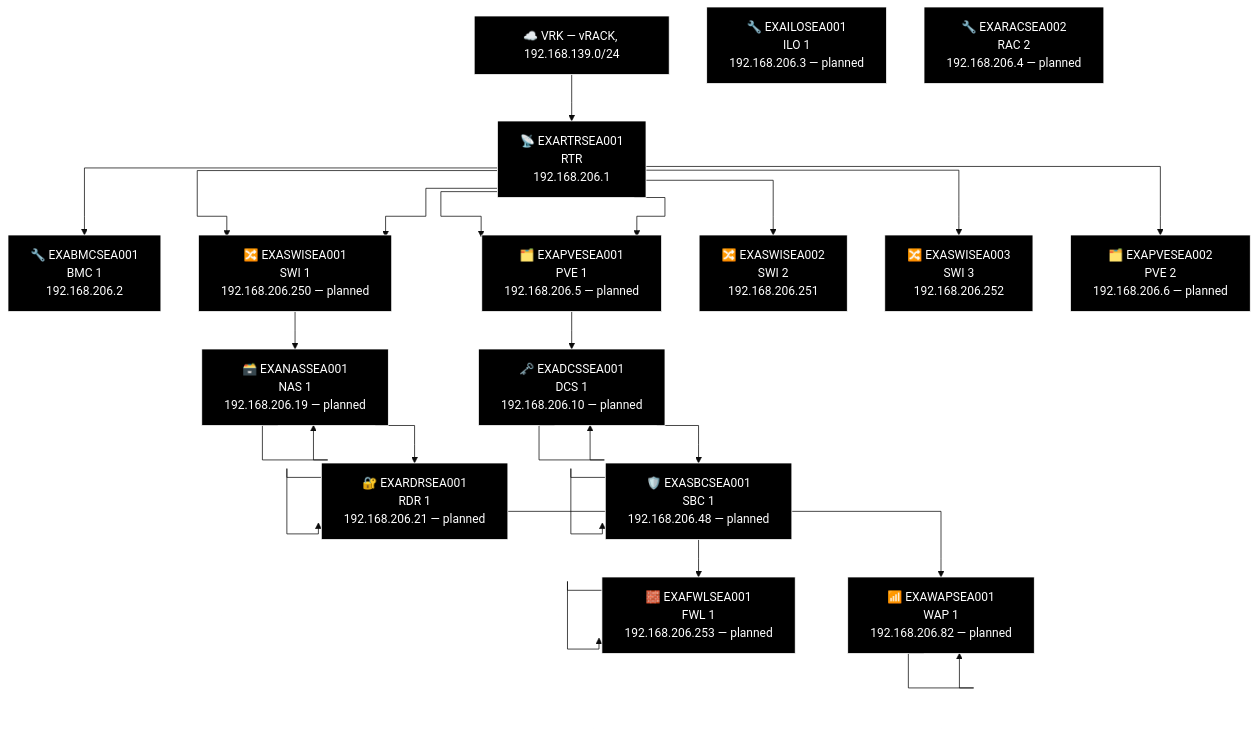
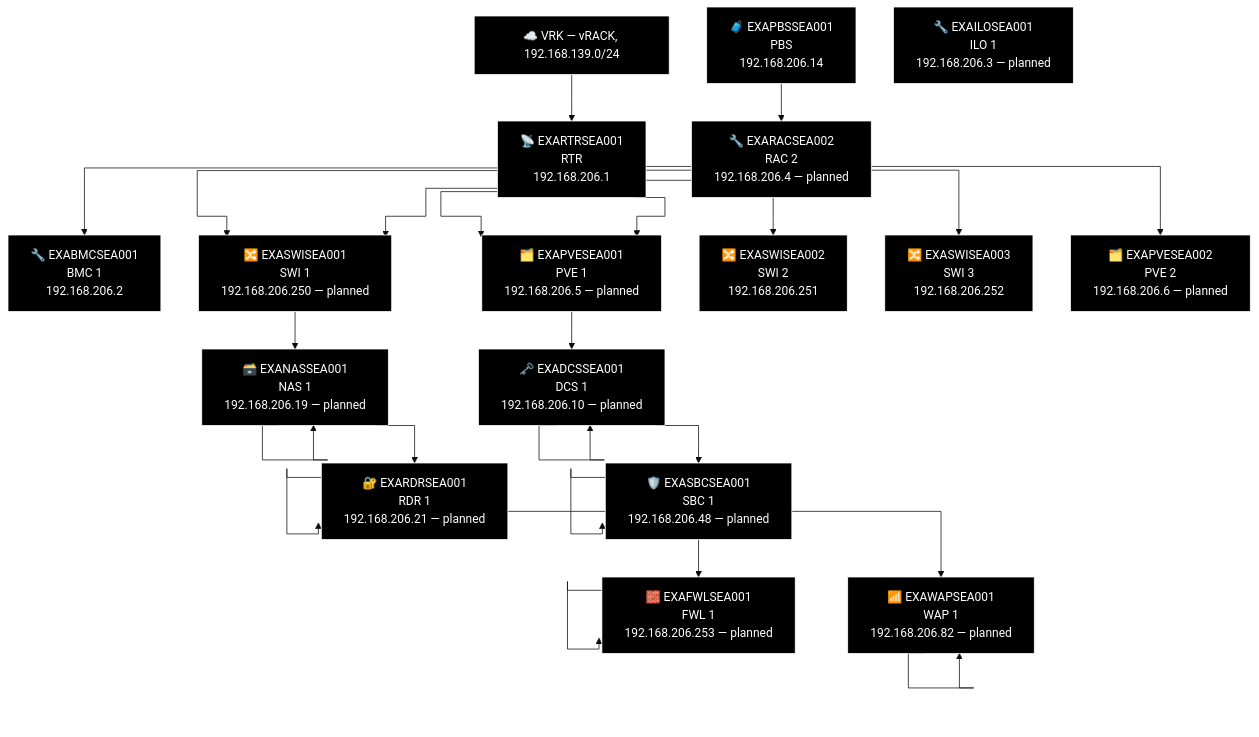
Diagram 17 of 21 in docs/network-diagram/united-states.md (knightmare2600/example_music_infra), drawn with Mermaid (base theme) before and after one commit. The commit also changed other lines of this file and 14 other files, not shown here.

First line of the commit message:
docs/network-diagram: regenerate, every site was missing its PBS node

````diff
--- a/docs/network-diagram/united-states.md
+++ b/docs/network-diagram/united-states.md
@@ -770,65 +786,68 @@
 ```mermaid
 %% GENERATED:TOPOLOGY:SEA:START
 %%{init: {'flowchart': {'curve': 'stepAfter'}}}%%
 graph TD
     T_VRK["☁️ VRK — vRACK, 192.168.139.0/24"]
     T_RTR["📡 EXARTRSEA001<br/>RTR<br/>192.168.206.1"]
     T_VRK --> T_RTR
     T_BMC["🔧 EXABMCSEA001<br/>BMC 1<br/>192.168.206.2"]
     T_RTR --> T_BMC
     T_PVE["🗂️ EXAPVESEA001<br/>PVE 1<br/>192.168.206.5"]
     T_RTR --> T_PVE
     T_SWI["🔀 EXASWISEA001<br/>SWI 1<br/>192.168.206.250"]
     T_RTR --> T_SWI
     T_SWI2["🔀 EXASWISEA002<br/>SWI 2<br/>192.168.206.251"]
     T_RTR --> T_SWI2
     T_SWI3["🔀 EXASWISEA003<br/>SWI 3<br/>192.168.206.252"]
     T_RTR --> T_SWI3
     T_SWI["🔀 EXASWISEA001<br/>SWI 1<br/>192.168.206.250 — planned"]
     T_RTR --> T_SWI
     T_PVE["🗂️ EXAPVESEA001<br/>PVE 1<br/>192.168.206.5 — planned"]
     T_RTR --> T_PVE
     T_PVE2["🗂️ EXAPVESEA002<br/>PVE 2<br/>192.168.206.6 — planned"]
     T_RTR --> T_PVE2
     T_NAS["🗃️ EXANASSEA001<br/>NAS<br/>192.168.206.19"]
     T_NAS["🗃️ EXANASSEA001<br/>NAS 1<br/>192.168.206.19 — planned"]
     T_RDR["🔐 EXARDRSEA001<br/>RDR<br/>192.168.206.21"]
     T_RDR["🔐 EXARDRSEA001<br/>RDR 1<br/>192.168.206.21 — planned"]
     T_WAP["📶 EXAWAPSEA001<br/>WAP 1<br/>192.168.206.82"]
     T_WAP["📶 EXAWAPSEA001<br/>WAP 1<br/>192.168.206.82 — planned"]
     T_SWI --> T_NAS --> T_NAS --> T_RDR --> T_RDR --> T_WAP --> T_WAP
     T_DCS["🗝️ EXADCSSEA001<br/>DCS 1<br/>192.168.206.10"]
     T_DCS["🗝️ EXADCSSEA001<br/>DCS 1<br/>192.168.206.10 — planned"]
     T_SBC["🛡️ EXASBCSEA001<br/>SBC<br/>192.168.206.48"]
     T_SBC["🛡️ EXASBCSEA001<br/>SBC 1<br/>192.168.206.48 — planned"]
     T_FWL["🧱 EXAFWLSEA001<br/>LAN Face<br/>192.168.206.253"]
     T_FWL["🧱 EXAFWLSEA001<br/>FWL 1<br/>192.168.206.253 — planned"]
     T_PVE --> T_DCS --> T_DCS --> T_SBC --> T_SBC --> T_FWL --> T_FWL
+    T_PBS["🧳 EXAPBSSEA001<br/>PBS<br/>192.168.206.14"]
     T_ILO["🔧 EXAILOSEA001<br/>ILO 1<br/>192.168.206.3 — planned"]
     T_RAC["🔧 EXARACSEA002<br/>RAC 2<br/>192.168.206.4 — planned"]
+    T_PBS --> T_RAC
     style T_VRK fill:#000000,stroke:#FFFFFF,color:#FFFFFF
     style T_RTR fill:#000000,stroke:#FFFFFF,color:#FFFFFF
     style T_BMC fill:#000000,stroke:#FFFFFF,color:#FFFFFF
     style T_PVE fill:#000000,stroke:#FFFFFF,color:#FFFFFF
     style T_SWI fill:#000000,stroke:#FFFFFF,color:#FFFFFF
     style T_SWI2 fill:#000000,stroke:#FFFFFF,color:#FFFFFF
     style T_SWI3 fill:#000000,stroke:#FFFFFF,color:#FFFFFF
     style T_SWI fill:#000000,stroke:#FFFFFF,color:#FFFFFF
     style T_PVE fill:#000000,stroke:#FFFFFF,color:#FFFFFF
     style T_PVE2 fill:#000000,stroke:#FFFFFF,color:#FFFFFF
     style T_NAS fill:#000000,stroke:#FFFFFF,color:#FFFFFF
     style T_NAS fill:#000000,stroke:#FFFFFF,color:#FFFFFF
     style T_RDR fill:#000000,stroke:#FFFFFF,color:#FFFFFF
     style T_RDR fill:#000000,stroke:#FFFFFF,color:#FFFFFF
     style T_WAP fill:#000000,stroke:#FFFFFF,color:#FFFFFF
     style T_WAP fill:#000000,stroke:#FFFFFF,color:#FFFFFF
     style T_DCS fill:#000000,stroke:#FFFFFF,color:#FFFFFF
     style T_DCS fill:#000000,stroke:#FFFFFF,color:#FFFFFF
     style T_SBC fill:#000000,stroke:#FFFFFF,color:#FFFFFF
     style T_SBC fill:#000000,stroke:#FFFFFF,color:#FFFFFF
     style T_FWL fill:#000000,stroke:#FFFFFF,color:#FFFFFF
     style T_FWL fill:#000000,stroke:#FFFFFF,color:#FFFFFF
+    style T_PBS fill:#000000,stroke:#FFFFFF,color:#FFFFFF
     style T_ILO fill:#000000,stroke:#FFFFFF,color:#FFFFFF
     style T_RAC fill:#000000,stroke:#FFFFFF,color:#FFFFFF
 %% GENERATED:TOPOLOGY:SEA:END
 ```
````
